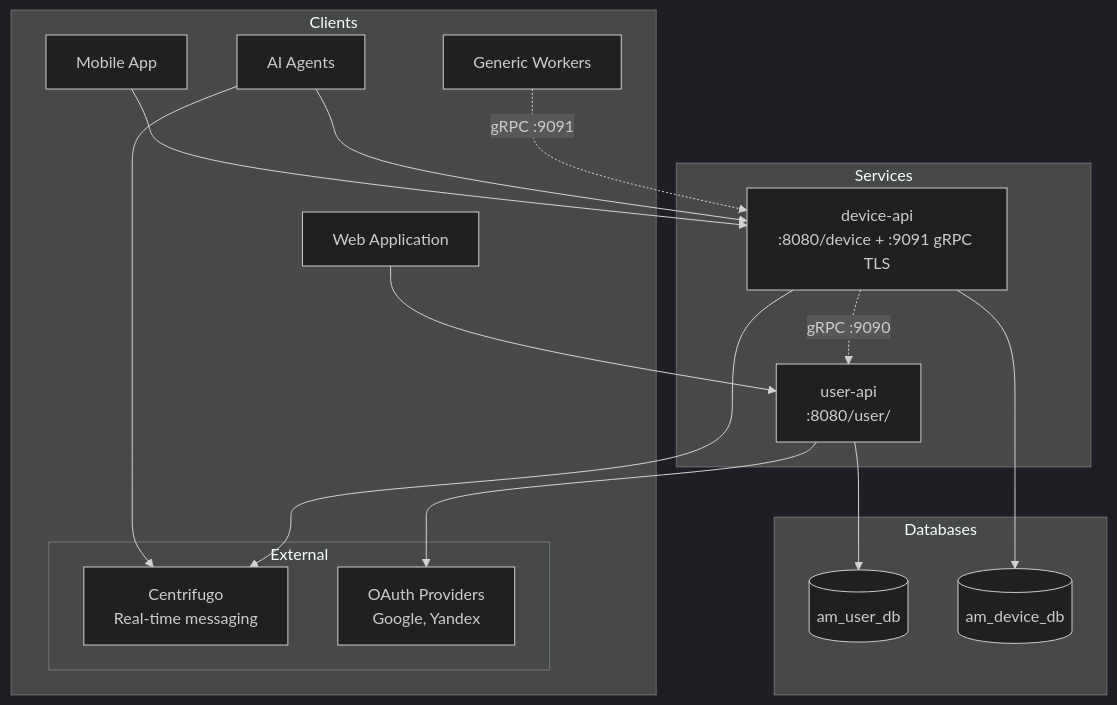
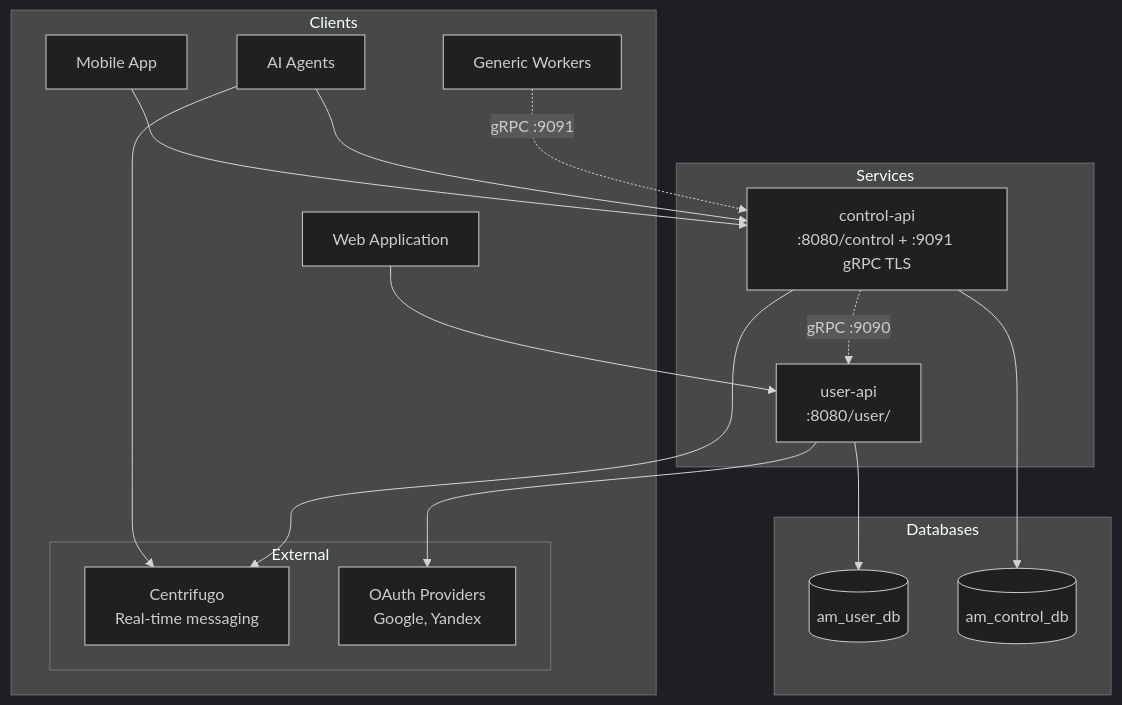
The diagram in docs/architecture.md (AgiMateIo/agimate-backend), drawn with Mermaid (dark theme) before and after one commit. The commit also changed other lines of this file and 30 other files, not shown here.

Commit message:
rename device-api to control-api. step 2

````diff
--- a/docs/architecture.md
+++ b/docs/architecture.md
@@ -5,38 +5,38 @@
 ```mermaid
 graph TB
     subgraph "Clients"
         WebApp[Web Application]
         MobileApp[Mobile App]
         External[External Systems]
         Agents[AI Agents]
         Workers[Generic Workers]
     end
 
     subgraph "Services"
         UserAPI[user-api<br/>:8080/user/]
-        DeviceAPI[device-api<br/>:8080/device + :9091 gRPC TLS]
+        ControlAPI[control-api<br/>:8080/control + :9091 gRPC TLS]
     end
 
     subgraph "Databases"
         UserDB[(am_user_db)]
-        DeviceDB[(am_device_db)]
+        ControlDB[(am_control_db)]
     end
 
     subgraph "External"
         Centrifugo[Centrifugo<br/>Real-time messaging]
         OAuth[OAuth Providers<br/>Google, Yandex]
     end
 
     WebApp --> UserAPI
-    MobileApp --> DeviceAPI
-    Agents --> DeviceAPI
+    MobileApp --> ControlAPI
+    Agents --> ControlAPI
     Agents --> Centrifugo
-    Workers -.->|gRPC :9091| DeviceAPI
+    Workers -.->|gRPC :9091| ControlAPI
 
     UserAPI --> UserDB
-    DeviceAPI --> DeviceDB
+    ControlAPI --> ControlDB
 
     UserAPI --> OAuth
-    DeviceAPI --> Centrifugo
-    DeviceAPI -.->|gRPC :9090| UserAPI
+    ControlAPI --> Centrifugo
+    ControlAPI -.->|gRPC :9090| UserAPI
 ```
````
